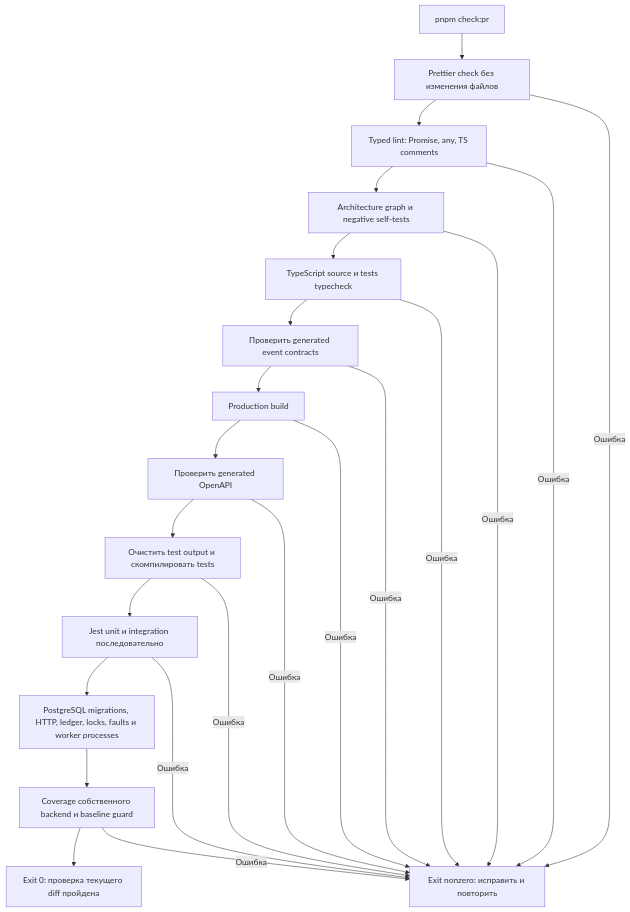
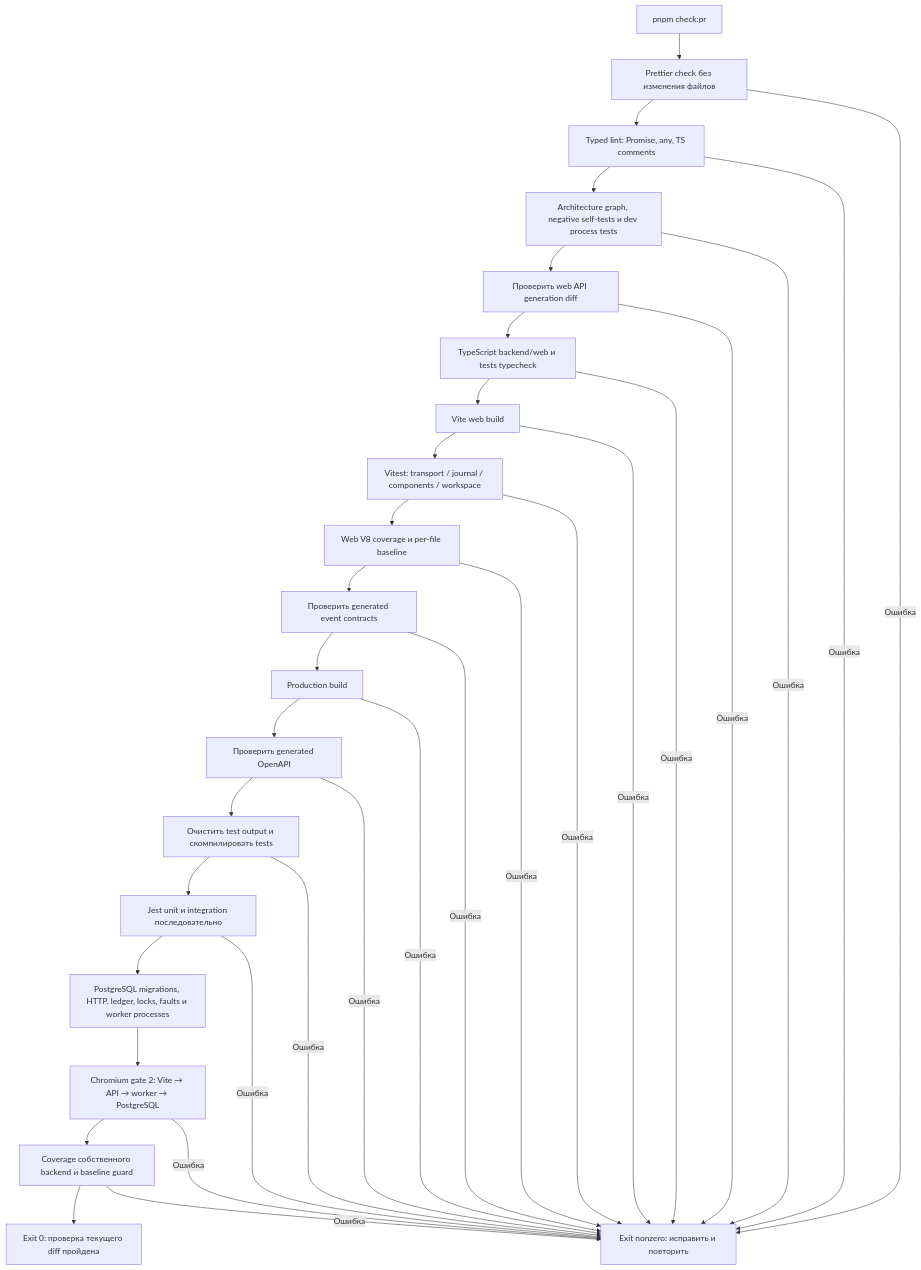
The diagram in docs/pr-checks.md (alekseishmidko/warehouse-control), drawn with Mermaid before and after one commit. The commit also changed other lines of this file and 95 other files, not shown here.

````diff
--- a/docs/pr-checks.md
+++ b/docs/pr-checks.md
@@ -41,25 +45,35 @@
 ```mermaid
 flowchart TD
   A[pnpm check:pr] --> B[Prettier check без изменения файлов]
   B --> L[Typed lint: Promise, any, TS comments]
-  L --> R[Architecture graph и negative self-tests]
-  R --> C[TypeScript source и tests typecheck]
-  C --> D[Проверить generated event contracts]
+  L --> R[Architecture graph, negative self-tests и dev process tests]
+  R --> W[Проверить web API generation diff]
+  W --> C[TypeScript backend/web и tests typecheck]
+  C --> WB[Vite web build]
+  WB --> WT[Vitest: transport / journal / components / workspace]
+  WT --> WV[Web V8 coverage и per-file baseline]
+  WV --> D[Проверить generated event contracts]
   D --> E[Production build]
   E --> F[Проверить generated OpenAPI]
   F --> G[Очистить test output и скомпилировать tests]
   G --> H[Jest unit и integration последовательно]
   H --> I[PostgreSQL migrations, HTTP, ledger, locks, faults и worker processes]
-  I --> V[Coverage собственного backend и baseline guard]
+  I --> BG[Chromium gate 2: Vite → API → worker → PostgreSQL]
+  BG --> V[Coverage собственного backend и baseline guard]
   V --> J[Exit 0: проверка текущего diff пройдена]
   L -->|Ошибка| X
   R -->|Ошибка| X
   V -->|Ошибка| X
   B -->|Ошибка| X[Exit nonzero: исправить и повторить]
   C -->|Ошибка| X
   D -->|Ошибка| X
   E -->|Ошибка| X
   F -->|Ошибка| X
   G -->|Ошибка| X
   H -->|Ошибка| X
+  W -->|Ошибка| X
+  WB -->|Ошибка| X
+  WT -->|Ошибка| X
+  WV -->|Ошибка| X
+  BG -->|Ошибка| X
 ```
````
